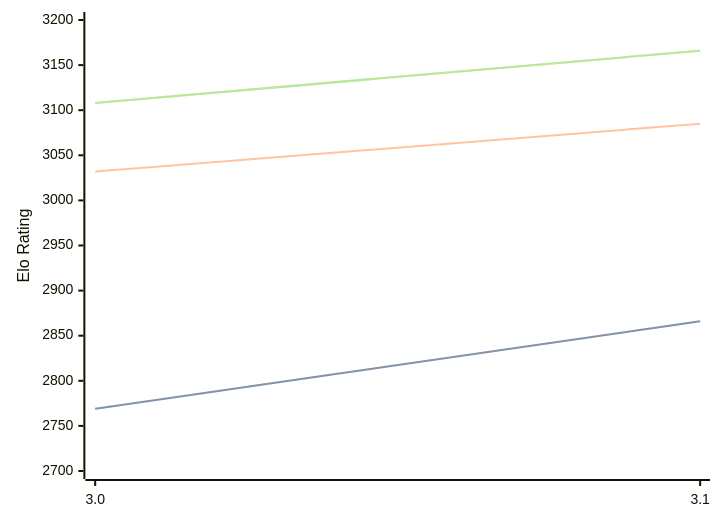
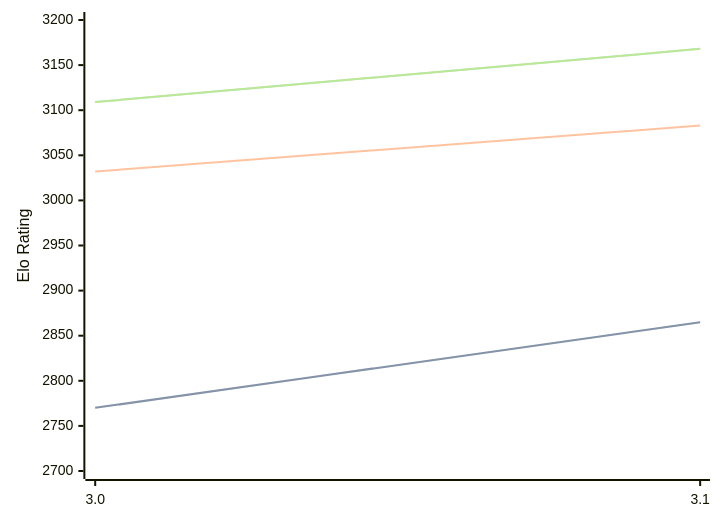
The diagram in engines/Vajolet2.md (computer-chess-index/cci), drawn with Mermaid before and after one commit. The commit also changed other lines of this file, not shown here.

Commit message:
Update CCI Ratings (ELO VLTC) - 2026-04-19

````diff
--- a/engines/Vajolet2.md
+++ b/engines/Vajolet2.md
@@ -40,11 +40,11 @@
 ```mermaid
 %%{init: {"theme":"base","themeVariables":{"seriesColors:['#a3a3a3','#222221','#faa371']}}}%%
 xychart-beta
   x-axis ["3.0", "3.1"]
   y-axis "Elo Rating" 2700 --> 3200
-  line "STC (8.0+0.08s)" [2769, 2866]
-  line "STC (8.0+0.08s)" [2769, 2866]
-  line "LTC (60.0+0.60s)" [3032, 3085]
-  line "VLTC (2m24s+1.12s)" [3108, 3166]
-  line "VLTC (2m24s+1.12s)" [3108, 3166]
+  line "STC (8.0+0.08s)" [2770, 2865]
+  line "STC (8.0+0.08s)" [2770, 2865]
+  line "LTC (60.0+0.60s)" [3032, 3083]
+  line "VLTC (2m24s+1.12s)" [3109, 3168]
+  line "VLTC (2m24s+1.12s)" [3109, 3168]
 ```
````
